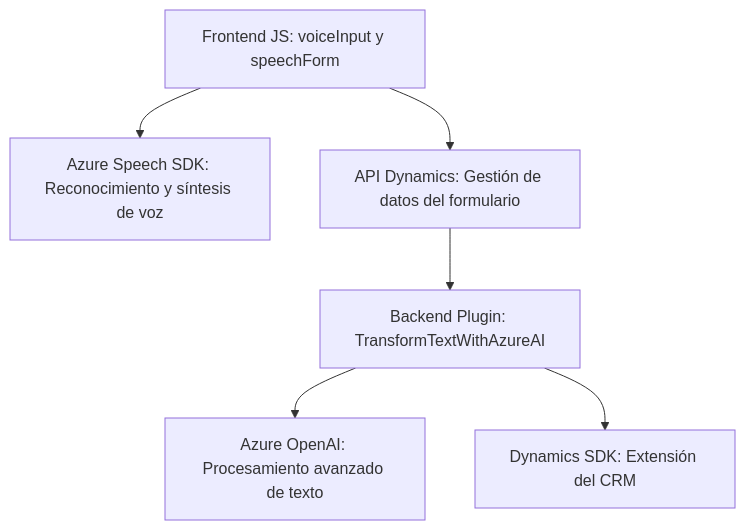
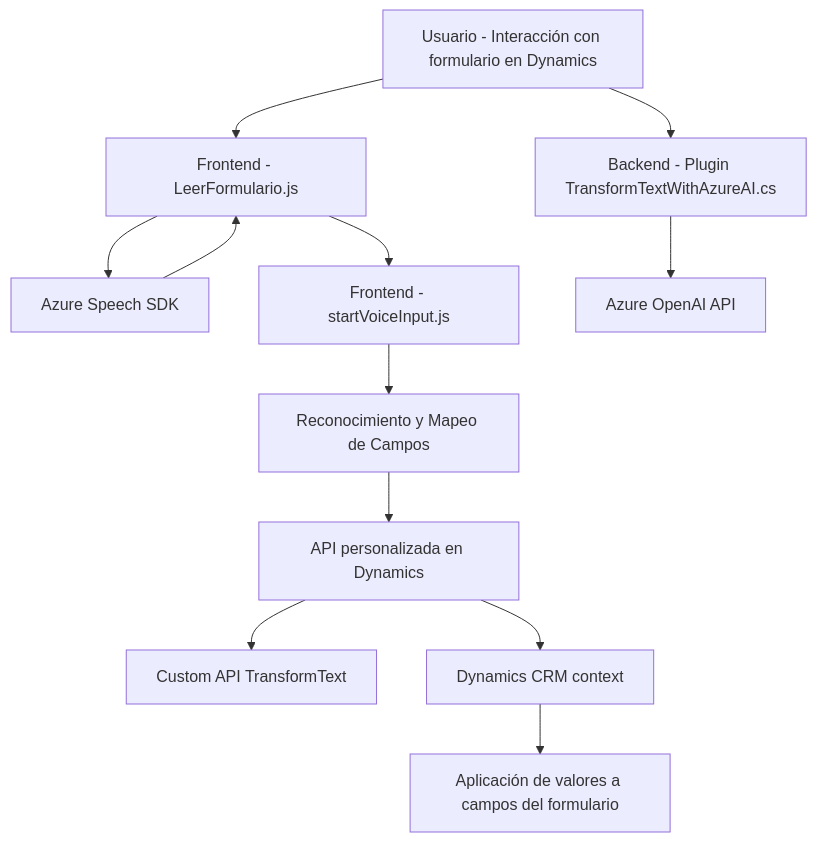
One commit to blopezdm/NETCORE_BILBAO2025 changed the diagram in README.md. Above: the diagram before and after it, drawn with Mermaid. The commit also changed other lines of this file, not shown here.

Commit message:
Actualizar análisis global de la solución con IA

````diff
--- a/README.md
+++ b/README.md
@@ -37,8 +42,14 @@
 ```mermaid
 graph TD
-    A["Frontend JS: voiceInput y speechForm"] --> B["Azure Speech SDK: Reconocimiento y síntesis de voz"]
-    A --> C["API Dynamics: Gestión de datos del formulario"]
-    C --> D["Backend Plugin: TransformTextWithAzureAI"]
-    D --> E["Azure OpenAI: Procesamiento avanzado de texto"]
-    D --> F["Dynamics SDK: Extensión del CRM"]
+    A["Usuario - Interacción con formulario en Dynamics"] --> B["Frontend - LeerFormulario.js"]
+    B --> C["Azure Speech SDK"]
+    B --> D["Frontend - startVoiceInput.js"]
+    C --> B
+    D --> E["Reconocimiento y Mapeo de Campos"]
+    E --> F["API personalizada en Dynamics"]
+    F --> G["Custom API TransformText"]
+    A --> H["Backend - Plugin TransformTextWithAzureAI.cs"]
+    H --> I["Azure OpenAI API"]
+    F --> J["Dynamics CRM context"]
+    J --> K["Aplicación de valores a campos del formulario"]
 ```
````
